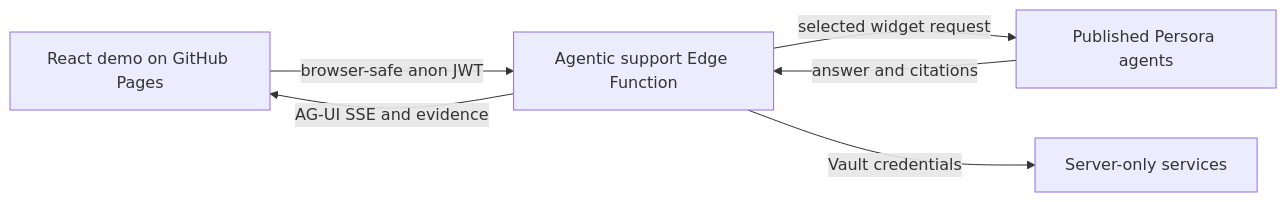
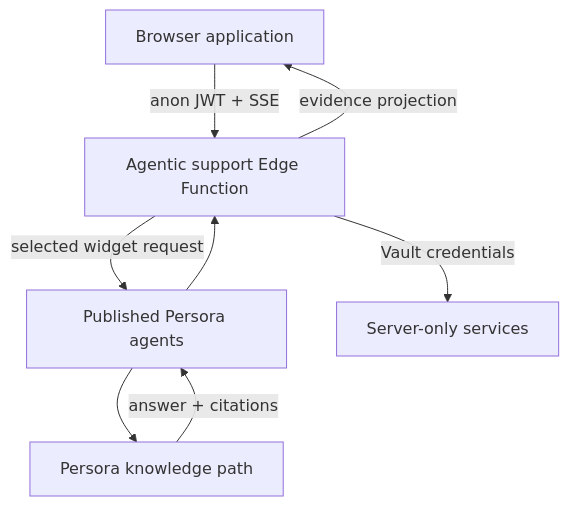
One commit to ai-systems-today/persora-agentic-support-lab changed the diagram in docs/ARCHITECTURE.md. Above: the diagram before and after it, drawn with Mermaid. The commit also changed other lines of this file and 18 other files, not shown here.

First line of the commit message:
Publish Persora enterprise agent reliability manual (#37)

````diff
--- a/docs/ARCHITECTURE.md
+++ b/docs/ARCHITECTURE.md
@@ -5,13 +5,15 @@
 ```mermaid
-flowchart LR
-    UI[React demo on GitHub Pages]
-    Demo[Agentic support Edge Function]
-    Agent[Published Persora agents]
-    Services[Server-only services]
-
-    UI -->|browser-safe anon JWT| Demo
-    Demo -->|selected widget request| Agent
-    Demo -->|Vault credentials| Services
-    Agent -->|answer and citations| Demo
-    Demo -->|AG-UI SSE and evidence| UI
+flowchart TD
+    B[Browser application]
+    D[Agentic support Edge Function]
+    P[Published Persora agents]
+    K[Persora knowledge path]
+    S[Server-only services]
+    B -->|anon JWT + SSE| D
+    D -->|selected widget request| P
+    P --> K
+    K -->|answer + citations| P
+    P --> D
+    D -->|Vault credentials| S
+    D -->|evidence projection| B
 ```
````
